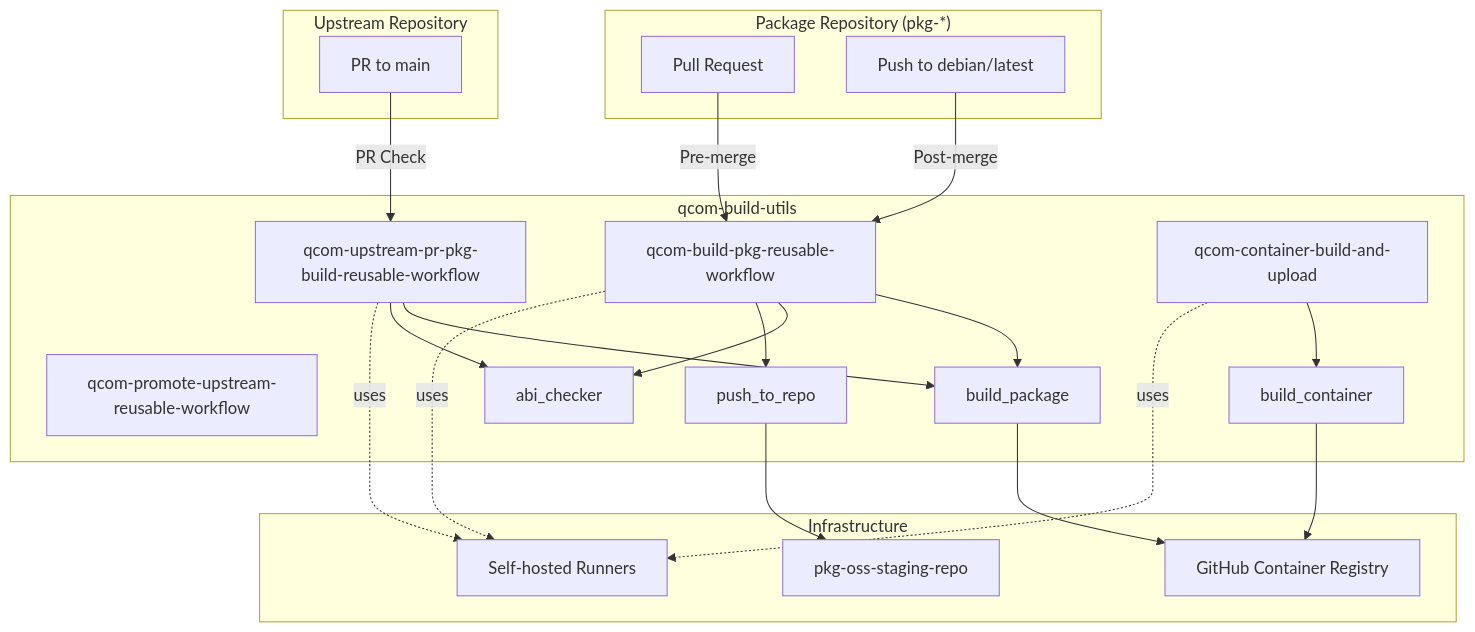
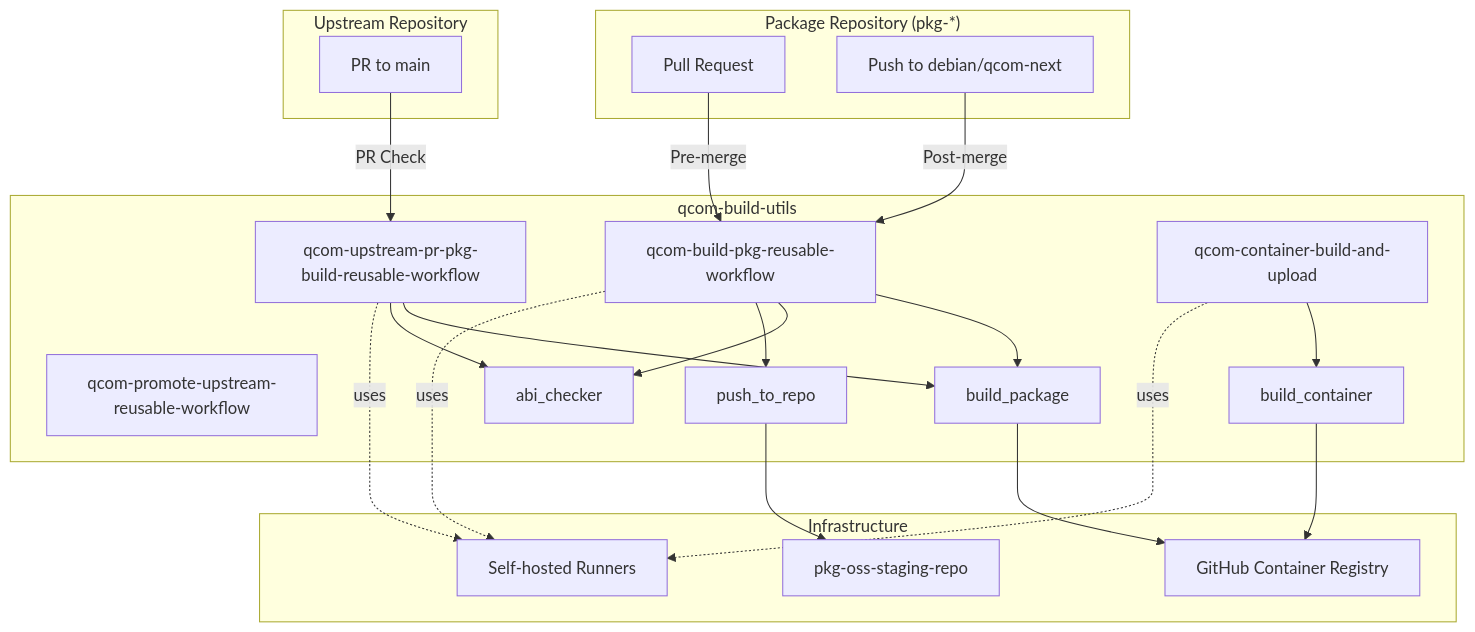
One commit to vemana1niranjan/qcom-build-utils changed the first of 7 diagrams in docs/workflow-architecture.md. Above: the diagram before and after it, drawn with Mermaid. The commit also changed other lines of this file and 6 other files, not shown here.

Commit message:
Update references from debian/latest to debian/qcom-next in workflows and documentation

````diff
--- a/docs/workflow-architecture.md
+++ b/docs/workflow-architecture.md
@@ -14,48 +14,48 @@
 ```mermaid
 graph TB
     subgraph "Upstream Repository"
         UPR[PR to main]
     end
     
     subgraph "Package Repository (pkg-*)"
         PR[Pull Request]
-        PM[Push to debian/latest]
+        PM[Push to debian/qcom-next]
     end
     
     subgraph "qcom-build-utils"
         RW1[qcom-build-pkg-reusable-workflow]
         RW2[qcom-promote-upstream-reusable-workflow]
         RW3[qcom-upstream-pr-pkg-build-reusable-workflow]
         RW4[qcom-container-build-and-upload]
         
         A1[build_package]
         A2[abi_checker]
         A3[push_to_repo]
         A4[build_container]
     end
     
     subgraph "Infrastructure"
         GHCR[GitHub Container Registry]
         REPO[pkg-oss-staging-repo]
         RUNNER[Self-hosted Runners]
     end
     
     PR -->|Pre-merge| RW1
     PM -->|Post-merge| RW1
     UPR -->|PR Check| RW3
     
     RW1 --> A1
     RW1 --> A2
     RW1 --> A3
     RW3 --> A1
     RW3 --> A2
     RW4 --> A4
     
     A1 --> GHCR
     A3 --> REPO
     A4 --> GHCR
     
     RW1 -.uses.-> RUNNER
     RW3 -.uses.-> RUNNER
     RW4 -.uses.-> RUNNER
 ```
````
